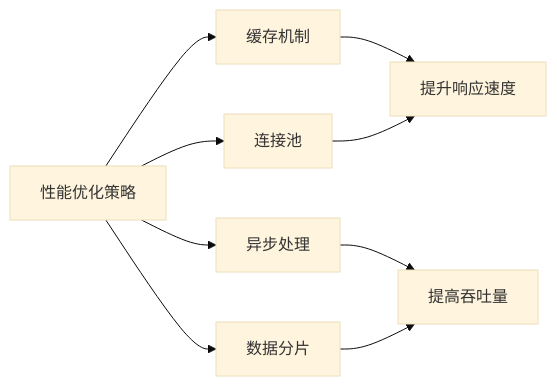
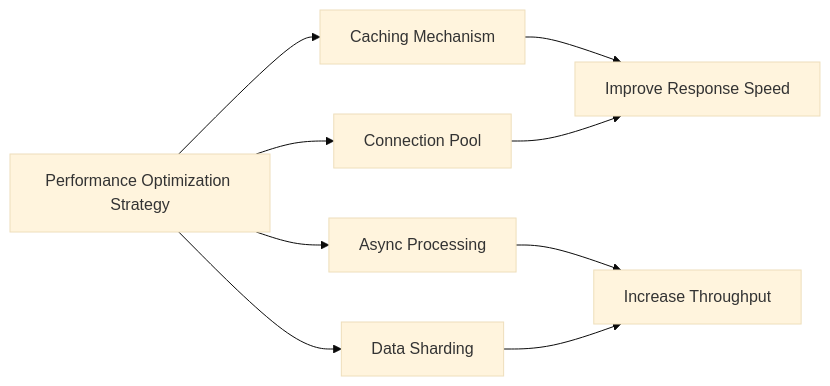
Before and after one commit to mjczz/project-analyzer: diagram 11 of 16 in TEMPLATE.md, drawn with Mermaid (base theme). The commit also changed other lines of this file and 8 other files, not shown here.

````diff
--- a/TEMPLATE.md
+++ b/TEMPLATE.md
@@ -498,12 +498,12 @@
 ```mermaid
 graph LR
-    A[性能优化策略] --> B[缓存机制]
-    A --> C[连接池]
-    A --> D[异步处理]
-    A --> E[数据分片]
+    A[Performance Optimization Strategy] --> B[Caching Mechanism]
+    A --> C[Connection Pool]
+    A --> D[Async Processing]
+    A --> E[Data Sharding]
 
-    B --> F[提升响应速度]
+    B --> F[Improve Response Speed]
     C --> F
-    D --> G[提高吞吐量]
+    D --> G[Increase Throughput]
     E --> G
 ```
````
